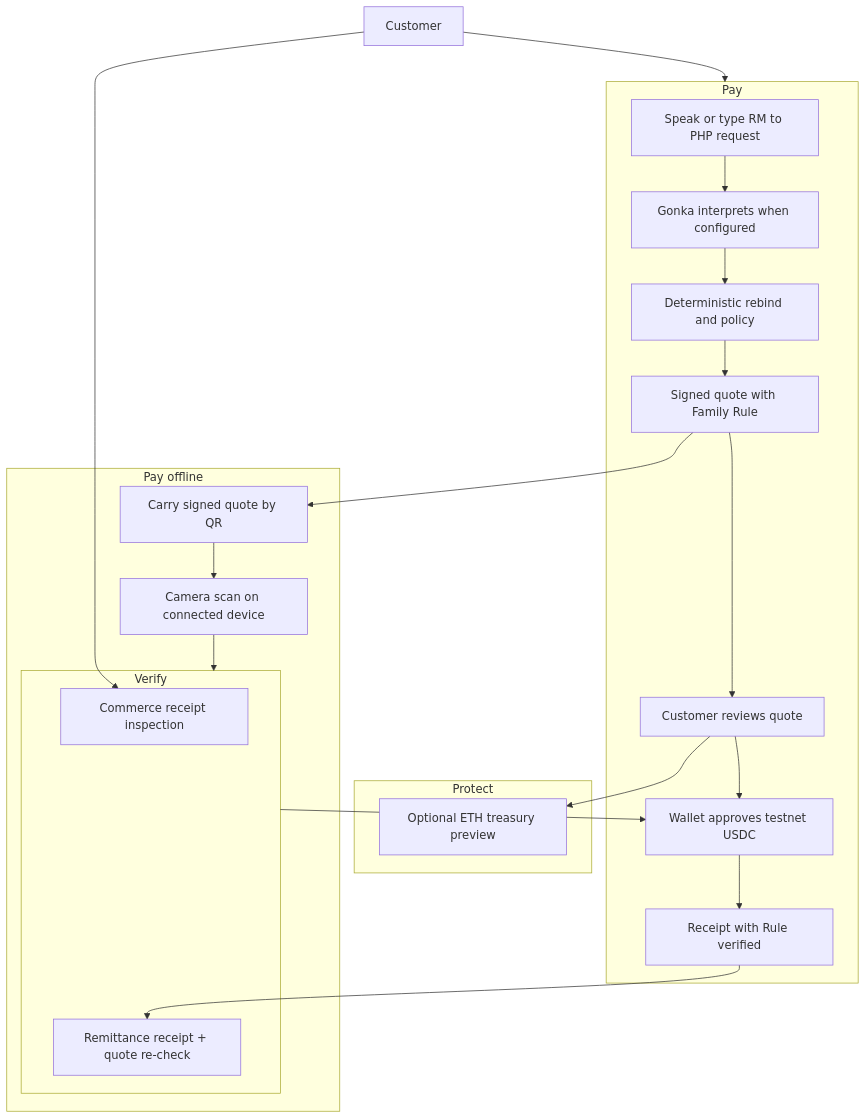
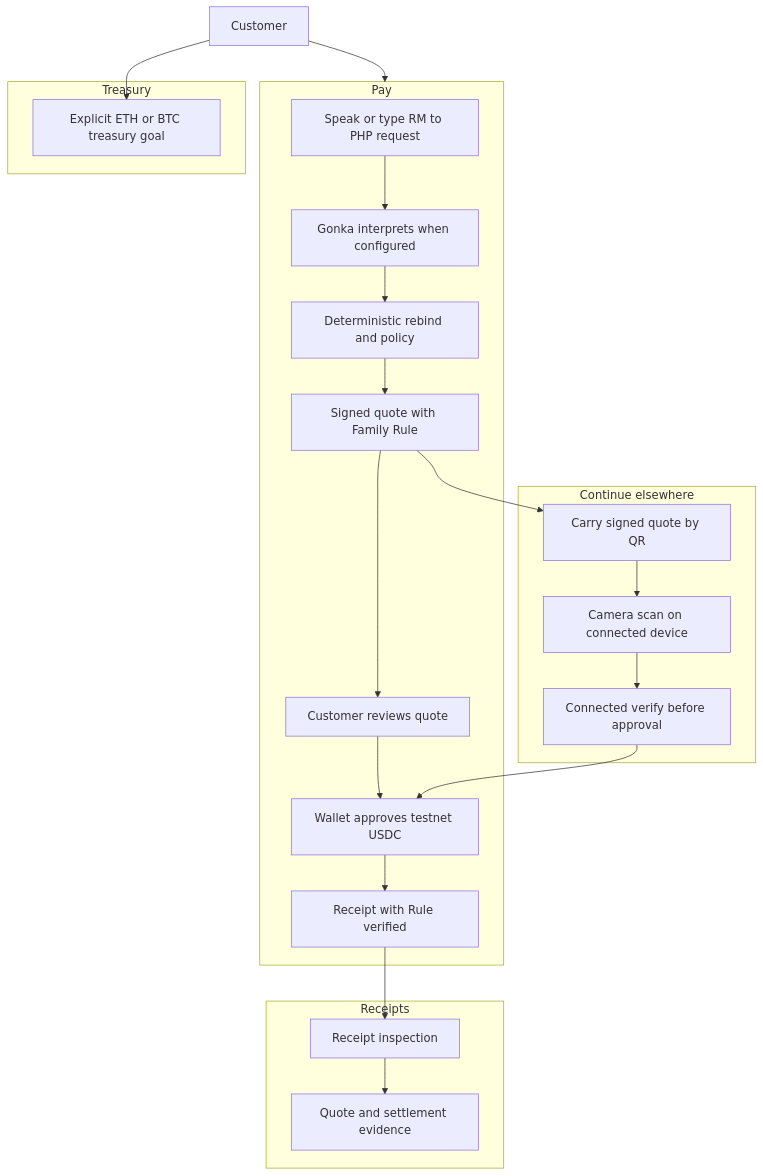
One commit to MUBA-Hack/convey-sui changed the first of 4 diagrams in README.md. Above: the diagram before and after it, drawn with Mermaid. The commit also changed other lines of this file and 57 other files, not shown here.

````diff
--- a/README.md
+++ b/README.md
@@ -391,38 +369,38 @@
 ```mermaid
 flowchart TB
   Customer["Customer"]
 
   subgraph Pay["Pay"]
     Request["Speak or type RM to PHP request"]
     Interpret["Gonka interprets when configured"]
     Rebind["Deterministic rebind and policy"]
     Quote["Signed quote with Family Rule"]
     Review["Customer reviews quote"]
     Wallet["Wallet approves testnet USDC"]
     Receipt["Receipt with Rule verified"]
     Request --> Interpret --> Rebind --> Quote --> Review --> Wallet --> Receipt
   end
 
-  subgraph Carry["Pay offline"]
+  subgraph Carry["Continue elsewhere"]
     Qr["Carry signed quote by QR"]
     Scan["Camera scan on connected device"]
-    Verify["Connected verify before approval"]
-    Qr --> Scan --> Verify
+    QuoteCheck["Connected verify before approval"]
+    Qr --> Scan --> QuoteCheck
   end
 
-  subgraph Protect["Protect"]
-    Eth["Optional ETH treasury preview"]
+  subgraph Protect["Treasury"]
+    Eth["Explicit ETH or BTC treasury goal"]
   end
 
-  subgraph Verify["Verify"]
-    Proof["Commerce receipt inspection"]
-    Remit["Remittance receipt + quote re-check"]
+  subgraph ReceiptsArea["Receipts"]
+    ReceiptReview["Receipt inspection"]
+    ReceiptEvidence["Quote and settlement evidence"]
+    ReceiptReview --> ReceiptEvidence
   end
 
   Customer --> Pay
   Quote --> Qr
-  Verify --> Wallet
-  Review --> Eth
-  Customer --> Proof
-  Receipt --> Remit
+  QuoteCheck --> Wallet
+  Customer --> Eth
+  Receipt --> ReceiptReview
 ```
````
